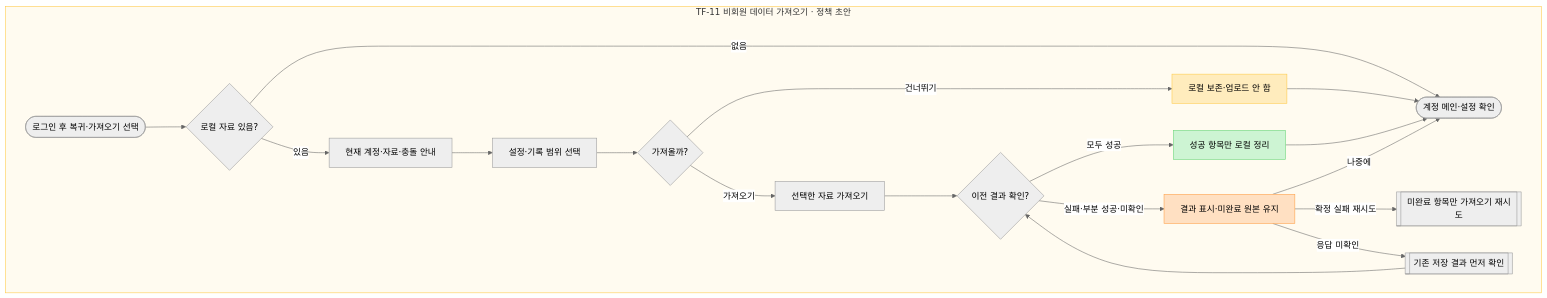
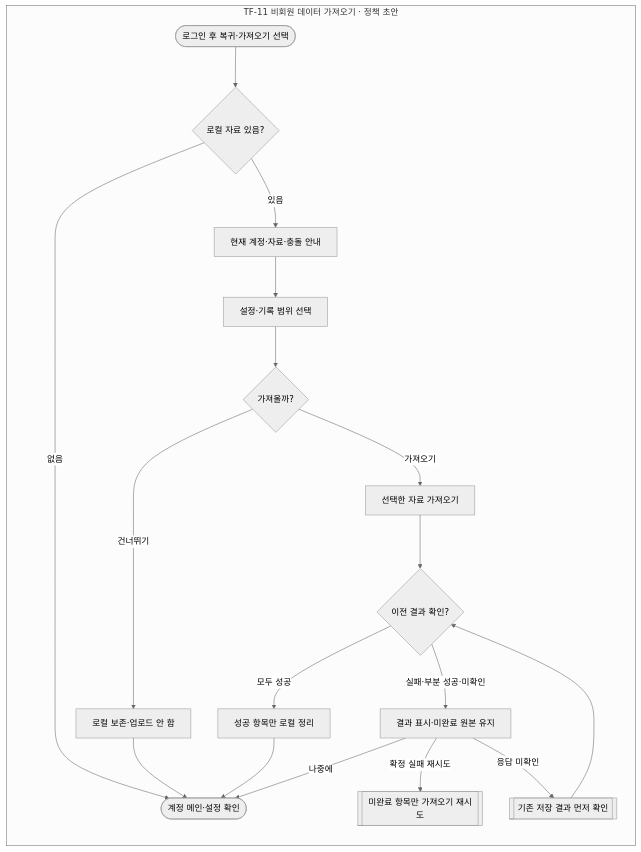
One commit to kdu-sw-capstone/capstone-project changed diagram 11 of 13 in docs/design/01_UX_기능설계/FOCURVE_Task_Flow_v1.0.md. Above: the diagram before and after it, drawn with Mermaid (neutral theme). The commit also changed other lines of this file and 34 other files, not shown here.

````diff
--- a/docs/design/01_UX_기능설계/FOCURVE_Task_Flow_v1.0.md
+++ b/docs/design/01_UX_기능설계/FOCURVE_Task_Flow_v1.0.md
@@ -644,38 +610,35 @@
 ```mermaid
 flowchart TB
 subgraph taskEleven["TF-11 비회원 데이터 가져오기 · 정책 초안"]
+    direction TB
 importOpen(["로그인 후 복귀·가져오기 선택"])
 importHas{"로컬 자료 있음?"}
 importPreview["현재 계정·자료·충돌 안내"]
 importChoose["설정·기록 범위 선택"]
 importConsent{"가져올까?"}
 importSend["선택한 자료 가져오기"]
 importResult{"이전 결과 확인?"}
 importSuccess["성공 항목만 로컬 정리"]
 importFailure["결과 표시·미완료 원본 유지"]
 importSkip["로컬 보존·업로드 안 함"]
 importDone(["계정 메인·설정 확인"])
 importOpen --> importHas
 importHas -->|"없음"| importDone
 importHas -->|"있음"| importPreview
 importPreview --> importChoose
 importChoose --> importConsent
 importConsent -->|"가져오기"| importSend
 importConsent -->|"건너뛰기"| importSkip
 importSkip --> importDone
 importSend --> importResult
 importResult -->|"모두 성공"| importSuccess
 importSuccess --> importDone
 importResult -->|"실패·부분 성공·미확인"| importFailure
 importFailure -->|"확정 실패 재시도"| importRetry
 importFailure -->|"응답 미확인"| importRecheck
 importRecheck[["기존 저장 결과 먼저 확인"]]
 importRecheck --> importResult
 importFailure -->|"나중에"| importDone
 importRetry[["미완료 항목만 가져오기 재시도"]]
 end
-style taskEleven fill:#FFFBF0,stroke:#FFC943
-style importSkip fill:#FFECBD,stroke:#FFC943
-style importFailure fill:#FFE0C2,stroke:#FF9E42
-style importSuccess fill:#CDF4D3,stroke:#66D575
 ```
````
